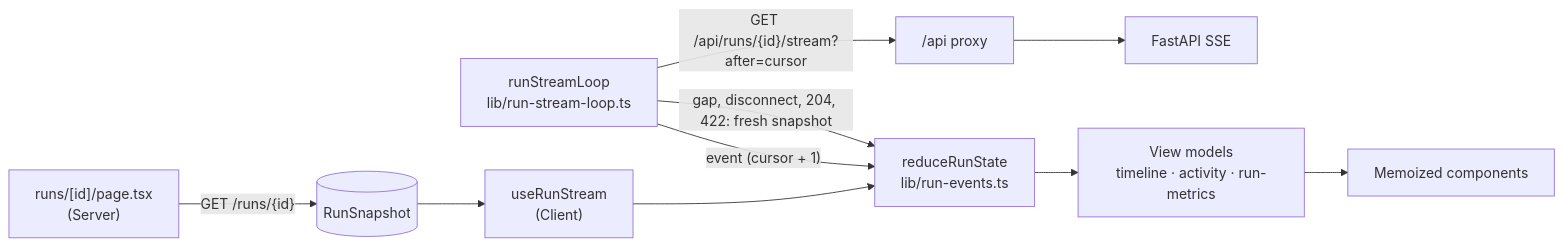
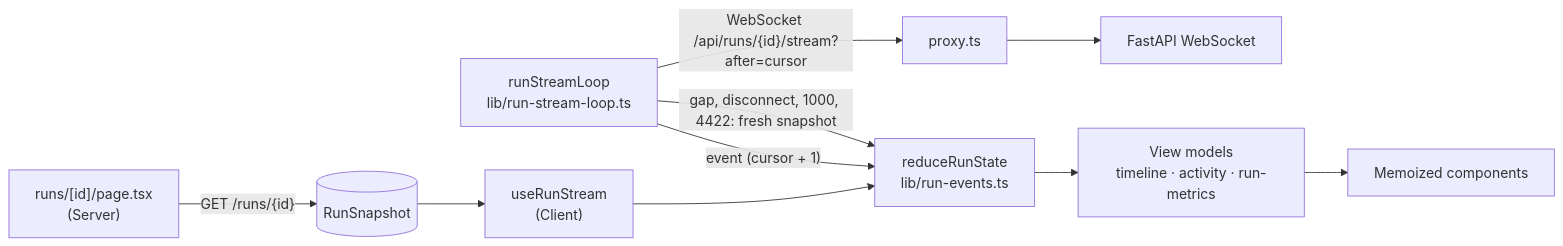
One commit to midu-01/OpsPilot-AI changed the first of 2 diagrams in docs/frontend.md. Above: the diagram before and after it, drawn with Mermaid. The commit also changed other lines of this file and 3 other files, not shown here.

First line of the commit message:
docs: describe the WebSocket run stream

````diff
--- a/docs/frontend.md
+++ b/docs/frontend.md
@@ -37,12 +37,12 @@
 ```mermaid
 flowchart LR
   Page["runs/[id]/page.tsx<br/>(Server)"] -->|"GET /runs/{id}"| Snapshot[(RunSnapshot)]
   Snapshot --> Hook["useRunStream<br/>(Client)"]
   Hook --> Reducer["reduceRunState<br/>lib/run-events.ts"]
-  Loop["runStreamLoop<br/>lib/run-stream-loop.ts"] -->|"GET /api/runs/{id}/stream?after=cursor"| Proxy["/api proxy"]
-  Proxy --> SSE["FastAPI SSE"]
+  Loop["runStreamLoop<br/>lib/run-stream-loop.ts"] -->|"WebSocket /api/runs/{id}/stream?after=cursor"| Proxy["proxy.ts"]
+  Proxy --> WS["FastAPI WebSocket"]
   Loop -->|"event (cursor + 1)"| Reducer
-  Loop -->|"gap, disconnect, 204, 422: fresh snapshot"| Reducer
+  Loop -->|"gap, disconnect, 1000, 4422: fresh snapshot"| Reducer
   Reducer --> VM["View models<br/>timeline · activity · run-metrics"]
   VM --> UI["Memoized components"]
 ```
````
